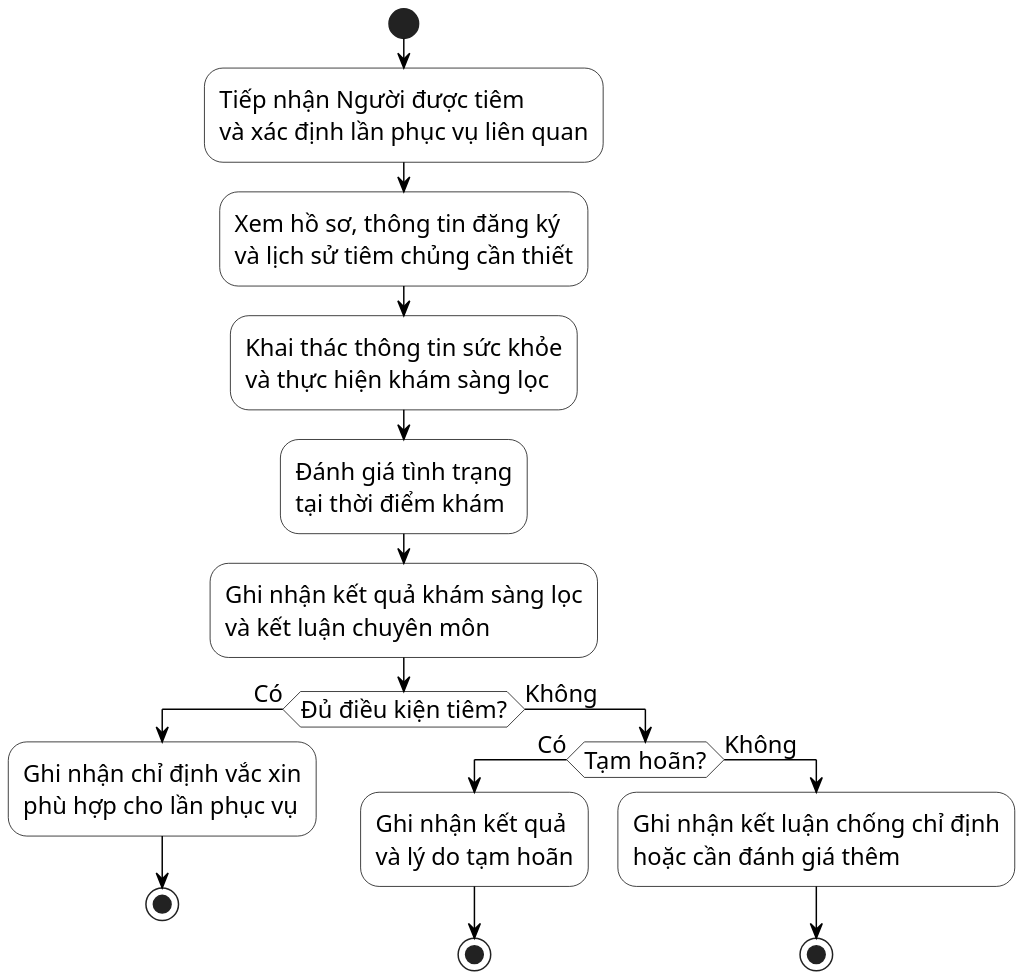
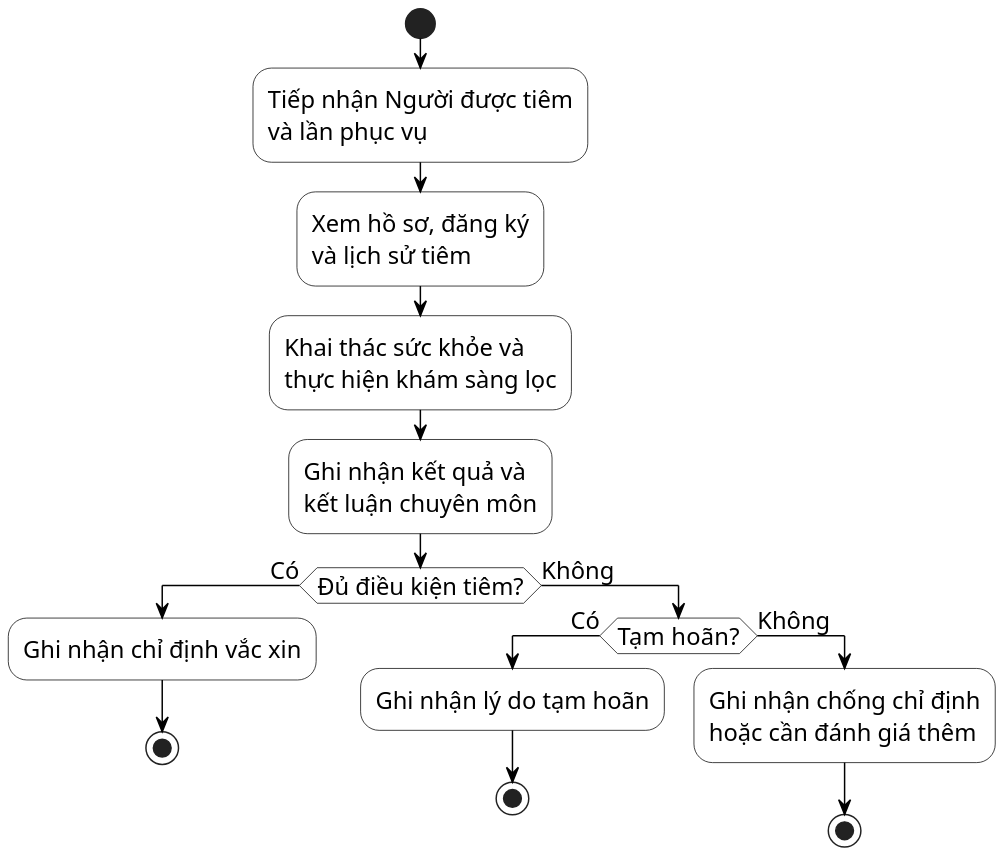
The diagram in docs/thesis/uml/Hinh_2_6_Activity_Kham_Sang_Loc.puml (datngo1203/KLCN-QuanLyTiemChung), drawn with PlantUML before and after one commit. The commit also changed 6 other files, not shown here.

Commit message:
docs: compact business activity flow wording

```diff
--- a/docs/thesis/uml/Hinh_2_6_Activity_Kham_Sang_Loc.puml
+++ b/docs/thesis/uml/Hinh_2_6_Activity_Kham_Sang_Loc.puml
@@ -1,35 +1,36 @@
 @startuml
-' HUIT UML Visual Profile v1 - compact-fixed layout
+' HUIT UML Visual Profile v1 - compact data-aware layout
 skinparam monochrome true
 skinparam shadowing false
 skinparam backgroundColor white
 skinparam defaultFontName "Times New Roman"
 skinparam defaultFontSize 16
 skinparam ArrowColor black
 skinparam ActivityBorderColor black
 skinparam ActivityBackgroundColor white
 skinparam PartitionBorderColor black
 skinparam PartitionBackgroundColor white
+skinparam nodesep 20
+skinparam ranksep 24
 skinparam dpi 180
 
 |Bác sĩ|
 start
-:Tiếp nhận Người được tiêm\nvà xác định lần phục vụ liên quan;
-:Xem hồ sơ, thông tin đăng ký\nvà lịch sử tiêm chủng cần thiết;
-:Khai thác thông tin sức khỏe\nvà thực hiện khám sàng lọc;
-:Đánh giá tình trạng\ntại thời điểm khám;
-:Ghi nhận kết quả khám sàng lọc\nvà kết luận chuyên môn;
+:Tiếp nhận Người được tiêm\nvà lần phục vụ;
+:Xem hồ sơ, đăng ký\nvà lịch sử tiêm;
+:Khai thác sức khỏe và\nthực hiện khám sàng lọc;
+:Ghi nhận kết quả và\nkết luận chuyên môn;
 
 if (Đủ điều kiện tiêm?) then (Có)
-  :Ghi nhận chỉ định vắc xin\nphù hợp cho lần phục vụ;
+  :Ghi nhận chỉ định vắc xin;
   stop
 else (Không)
   if (Tạm hoãn?) then (Có)
-    :Ghi nhận kết quả\nvà lý do tạm hoãn;
+    :Ghi nhận lý do tạm hoãn;
     stop
   else (Không)
-    :Ghi nhận kết luận chống chỉ định\nhoặc cần đánh giá thêm;
+    :Ghi nhận chống chỉ định\nhoặc cần đánh giá thêm;
     stop
   endif
 endif
 @enduml
```
